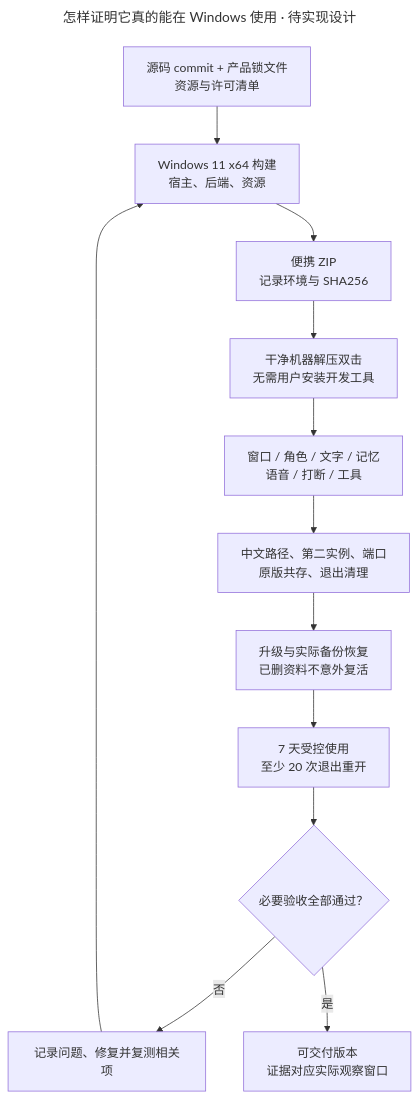
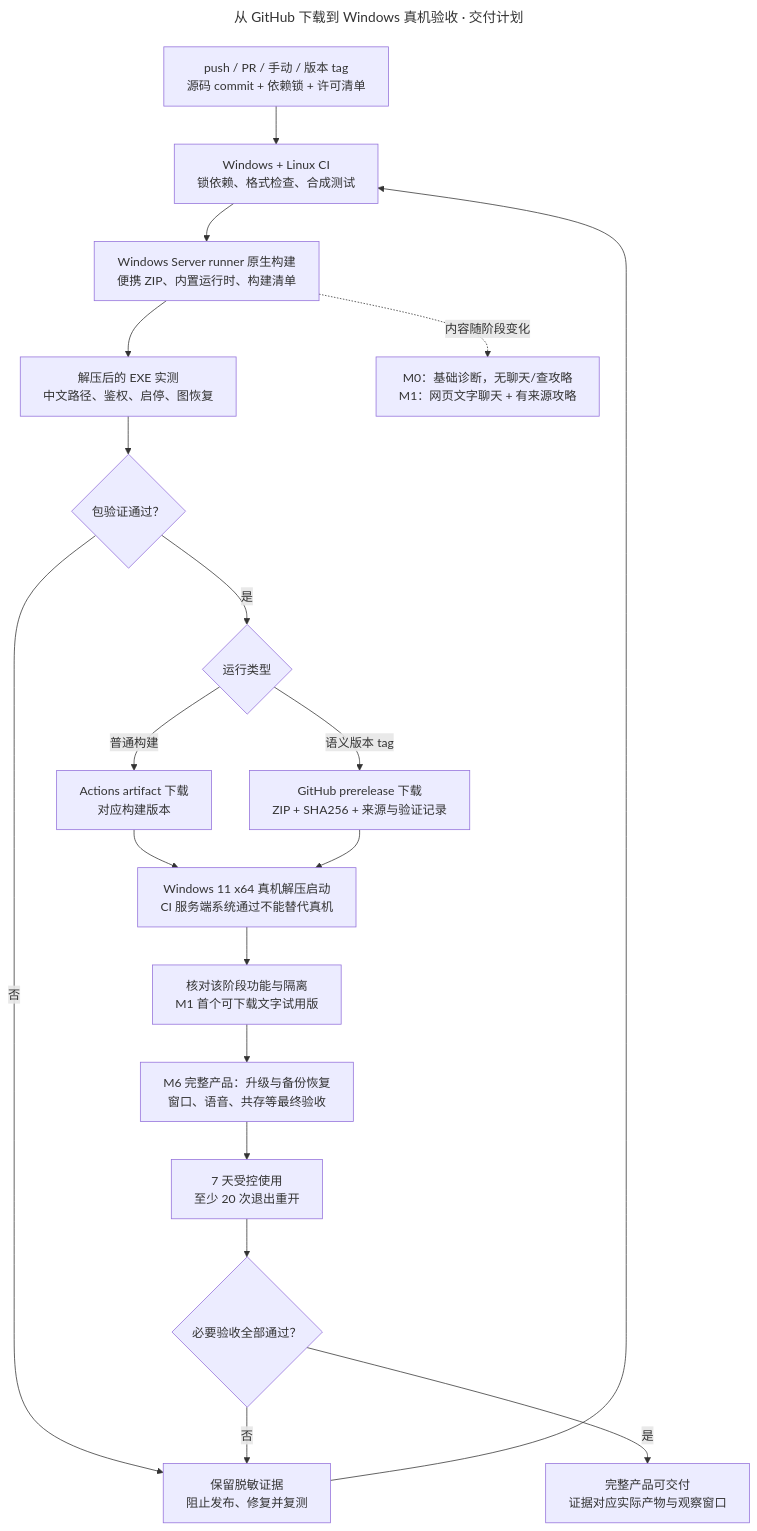
The diagram in docs/diagrams/src/18-delivery.mmd (FrigidCrow/ai-neko), drawn with Mermaid before and after one commit. The commit also changed 23 other files, not shown here.

```diff
--- a/docs/diagrams/src/18-delivery.mmd
+++ b/docs/diagrams/src/18-delivery.mmd
@@ -1,15 +1,25 @@
 ---
-title: "怎样证明它真的能在 Windows 使用 · 待实现设计"
+title: "从 GitHub 下载到 Windows 真机验收 · 交付计划"
+config:
+  flowchart:
+    wrappingWidth: 360
 ---
 flowchart TD
-    SRC["源码 commit + 产品锁文件<br/>资源与许可清单"] --> BUILD["Windows 11 x64 构建<br/>宿主、后端、资源"]
-    BUILD --> ZIP["便携 ZIP<br/>记录环境与 SHA256"]
-    ZIP --> CLEAN["干净机器解压双击<br/>无需用户安装开发工具"]
-    CLEAN --> FUNCTION["窗口 / 角色 / 文字 / 记忆<br/>语音 / 打断 / 工具"]
-    FUNCTION --> ISO["中文路径、第二实例、端口<br/>原版共存、退出清理"]
-    ISO --> UPGRADE["升级与实际备份恢复<br/>已删资料不意外复活"]
+    SRC["push / PR / 手动 / 版本 tag<br/>源码 commit + 依赖锁 + 许可清单"] --> TEST["Windows + Linux CI<br/>锁依赖、格式检查、合成测试"]
+    TEST --> BUILD["Windows Server runner 原生构建<br/>便携 ZIP、内置运行时、构建清单"]
+    BUILD --> PROBE["解压后的 EXE 实测<br/>中文路径、鉴权、启停、图恢复"]
+    PROBE --> PASS{"包验证通过？"}
+    PASS -->|否| FIX["保留脱敏证据<br/>阻止发布、修复并复测"]
+    FIX --> TEST
+    PASS -->|是| KIND{"运行类型"}
+    KIND -->|普通构建| ARTIFACT["Actions artifact 下载<br/>对应构建版本"]
+    KIND -->|语义版本 tag| PRERELEASE["GitHub prerelease 下载<br/>ZIP + SHA256 + 来源与验证记录"]
+    BUILD -. "内容随阶段变化" .-> CONTENT["M0：基础诊断，无聊天/查攻略<br/>M1：网页文字聊天 + 有来源攻略"]
+    ARTIFACT --> CLEAN["Windows 11 x64 真机解压启动<br/>CI 服务端系统通过不能替代真机"]
+    PRERELEASE --> CLEAN
+    CLEAN --> FUNCTION["核对该阶段功能与隔离<br/>M1 首个可下载文字试用版"]
+    FUNCTION --> UPGRADE["M6 完整产品：升级与备份恢复<br/>窗口、语音、共存等最终验收"]
     UPGRADE --> LONG["7 天受控使用<br/>至少 20 次退出重开"]
     LONG --> GATE{"必要验收全部通过？"}
-    GATE -->|否| FIX["记录问题、修复并复测相关项"]
-    FIX --> BUILD
-    GATE -->|是| RELEASE["可交付版本<br/>证据对应实际观察窗口"]
+    GATE -->|否| FIX
+    GATE -->|是| RELEASE["完整产品可交付<br/>证据对应实际产物与观察窗口"]
```
